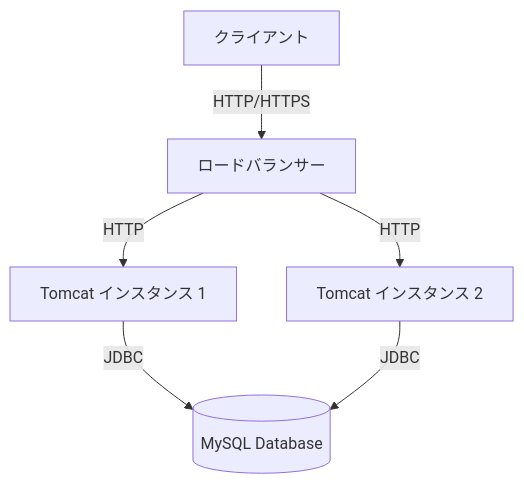
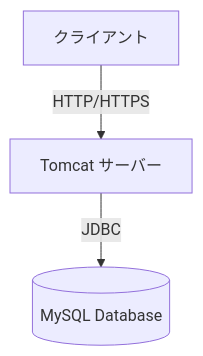
The second of 2 diagrams in docs/09_アーキテクチャ詳細.md (cat1sobe/StudentManagementSystem), drawn with Mermaid before and after one commit. The commit also changed other lines of this file and 1 other file, not shown here.

````diff
--- a/docs/09_アーキテクチャ詳細.md
+++ b/docs/09_アーキテクチャ詳細.md
@@ -253,8 +214,5 @@
 ```mermaid
 graph TD
-    Client[クライアント] --> |HTTP/HTTPS| LoadBalancer[ロードバランサー]
-    LoadBalancer --> |HTTP| Tomcat1[Tomcat インスタンス 1]
-    LoadBalancer --> |HTTP| Tomcat2[Tomcat インスタンス 2]
-    Tomcat1 --> |JDBC| Database[(MySQL Database)]
-    Tomcat2 --> |JDBC| Database
+    Client[クライアント] --> |HTTP/HTTPS| Tomcat[Tomcat サーバー]
+    Tomcat --> |JDBC| Database[(MySQL Database)]
 ```
````
